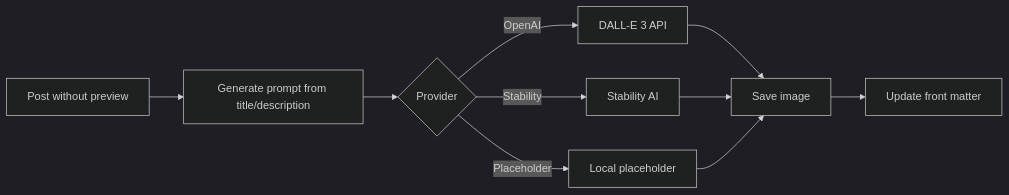
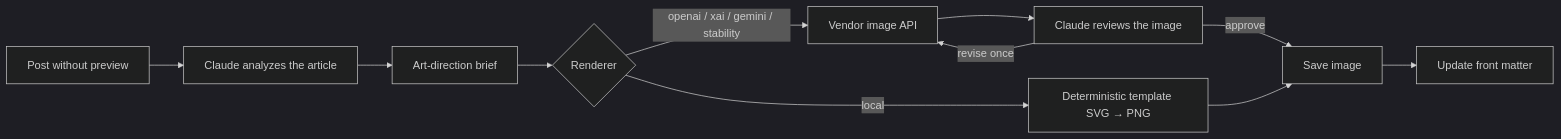
The diagram in docs/zer0-mistakes/pages/_docs/features/preview-image-generator.md (bamr87/README), drawn with Mermaid (dark theme) before and after one commit. The commit also changed other lines of this file and 417 other files, not shown here.

````diff
--- a/docs/zer0-mistakes/pages/_docs/features/preview-image-generator.md
+++ b/docs/zer0-mistakes/pages/_docs/features/preview-image-generator.md
@@ -39,12 +54,13 @@
 ```mermaid
 graph LR
-    A[Post without preview] --> B[Generate prompt from title/description]
-    B --> C{Provider}
-    C -->|OpenAI| D[DALL-E 3 API]
-    C -->|Stability| E[Stability AI]
-    C -->|Placeholder| F[Local placeholder]
-    D --> G[Save image]
-    E --> G
+    A[Post without preview] --> B[Claude analyzes the article]
+    B --> B2[Art-direction brief]
+    B2 --> C{Renderer}
+    C -->|openai / xai / gemini / stability| E[Vendor image API]
+    C -->|local| F[Deterministic template SVG → PNG]
+    E --> R[Claude reviews the image]
+    R -->|approve| G[Save image]
+    R -->|revise once| E
     F --> G
     G --> H[Update front matter]
 ```
````
